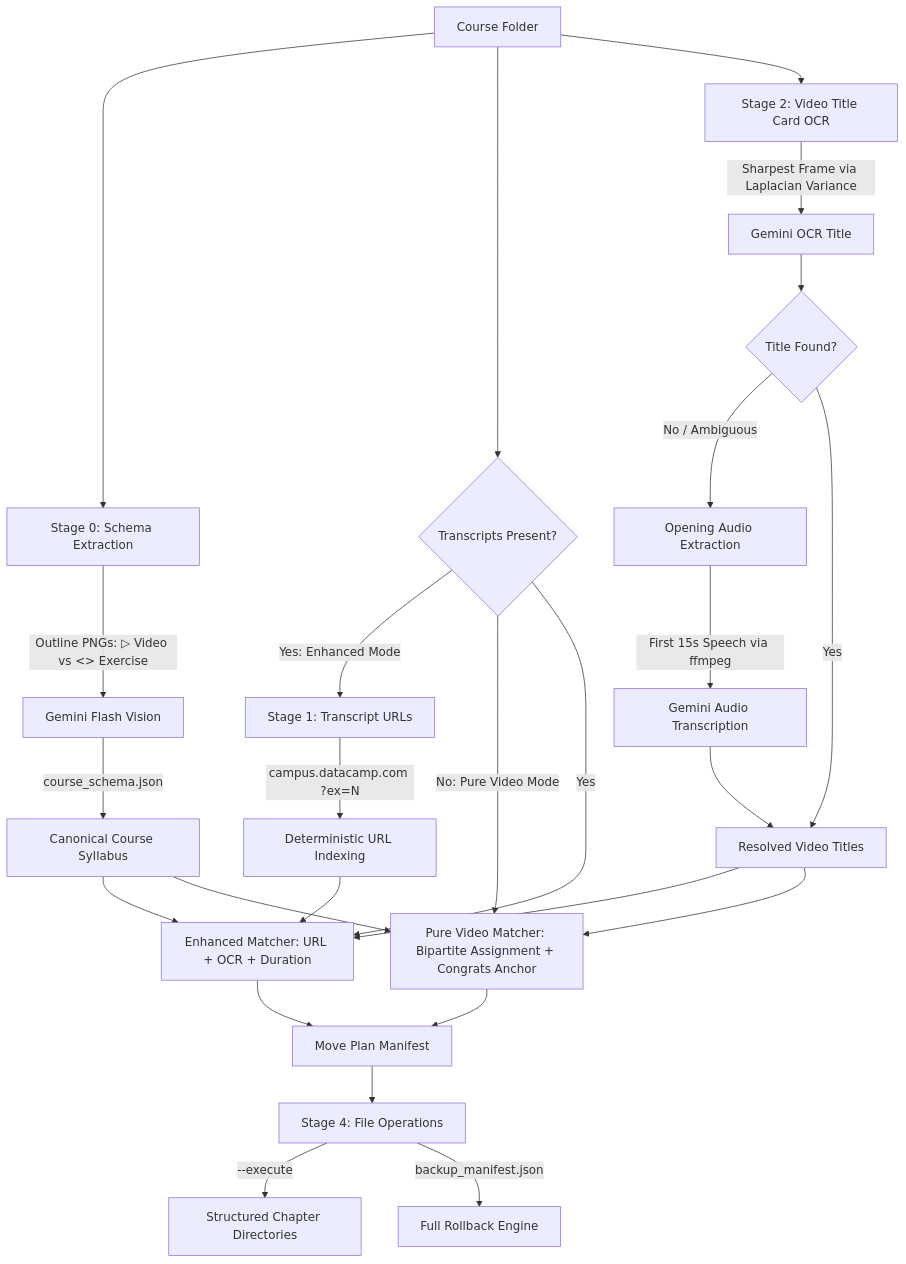
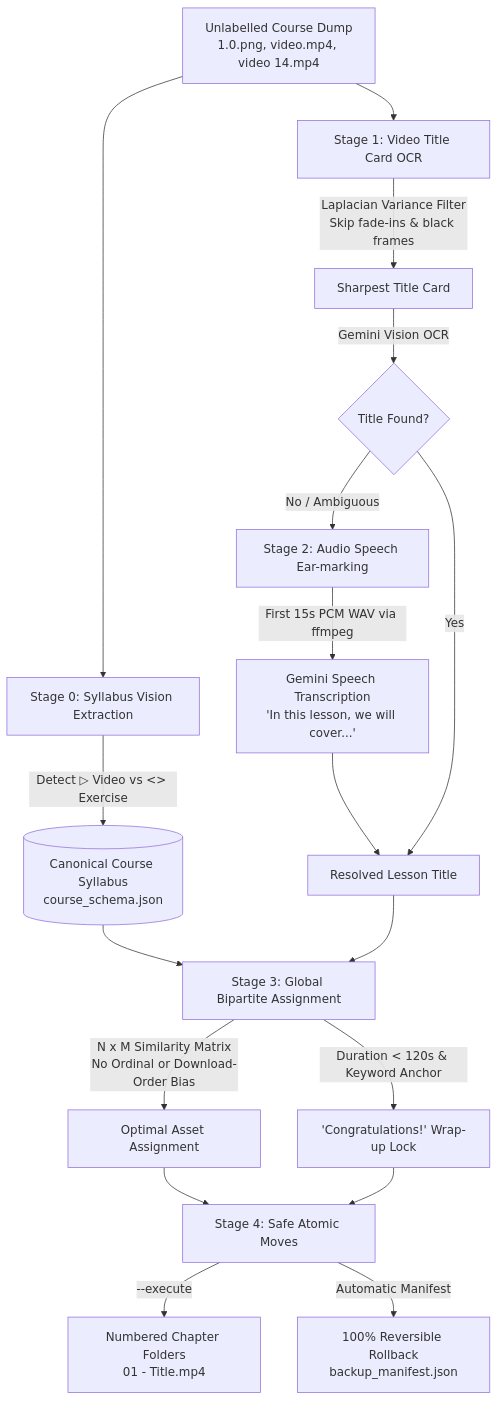
Before and after one commit to joejamal029/datacamp-course-resequencer: the diagram in README.md, drawn with Mermaid. The commit also changed other lines of this file, not shown here.

Commit message:
docs: refine README with builder interview, digital equity motive, and multi-tab download reality

````diff
--- a/README.md
+++ b/README.md
@@ -134,30 +36,22 @@
 ```mermaid
 flowchart TD
-    A[Course Folder] --> B[Stage 0: Schema Extraction]
-    B -->|Outline PNGs: ▷ Video vs <> Exercise| B1[Gemini Flash Vision]
-    B1 -->|course_schema.json| C[Canonical Course Syllabus]
+    A[Unlabelled Course Dump\n1.0.png, video.mp4, video 14.mp4] --> B[Stage 0: Syllabus Vision Extraction]
+    B -->|Detect ▷ Video vs <> Exercise| B1[(Canonical Course Syllabus\ncourse_schema.json)]
 
-    A --> DET{Transcripts Present?}
+    A --> C[Stage 1: Video Title Card OCR]
+    C -->|Laplacian Variance Filter\nSkip fade-ins & black frames| D[Sharpest Title Card]
+    D -->|Gemini Vision OCR| E{Title Found?}
 
-    DET -->|Yes: Enhanced Mode| D[Stage 1: Transcript URLs]
-    D -->|campus.datacamp.com ?ex=N| E[Deterministic URL Indexing]
+    E -->|No / Ambiguous| F[Stage 2: Audio Speech Ear-marking]
+    F -->|First 15s PCM WAV via ffmpeg| G[Gemini Speech Transcription\n'In this lesson, we will cover...']
+    G --> H[Resolved Lesson Title]
+    E -->|Yes| H
 
-    A --> F[Stage 2: Video Title Card OCR]
-    F -->|Sharpest Frame via Laplacian Variance| G[Gemini OCR Title]
-    G --> H{Title Found?}
-    H -->|No / Ambiguous| HF[Opening Audio Extraction]
-    HF -->|First 15s Speech via ffmpeg| HG[Gemini Audio Transcription]
-    H -->|Yes| I[Resolved Video Titles]
-    HG --> I
+    B1 & H --> I[Stage 3: Global Bipartite Assignment]
+    I -->|N x M Similarity Matrix\nNo Ordinal or Download-Order Bias| J[Optimal Asset Assignment]
+    I -->|Duration < 120s & Keyword Anchor| K['Congratulations!' Wrap-up Lock]
 
-    C & E & I --> M1[Enhanced Matcher: URL + OCR + Duration]
-    C & I --> M2[Pure Video Matcher: Bipartite Assignment + Congrats Anchor]
-
-    DET -->|No: Pure Video Mode| M2
-    DET -->|Yes| M1
-
-    M1 & M2 --> J[Move Plan Manifest]
-    J --> K[Stage 4: File Operations]
-    K -->|--execute| L[Structured Chapter Directories]
-    K -->|backup_manifest.json| M[Full Rollback Engine]
+    J & K --> L[Stage 4: Safe Atomic Moves]
+    L -->|--execute| M[Numbered Chapter Folders\n01 - Title.mp4]
+    L -->|Automatic Manifest| N[100% Reversible Rollback\nbackup_manifest.json]
 ```
````
